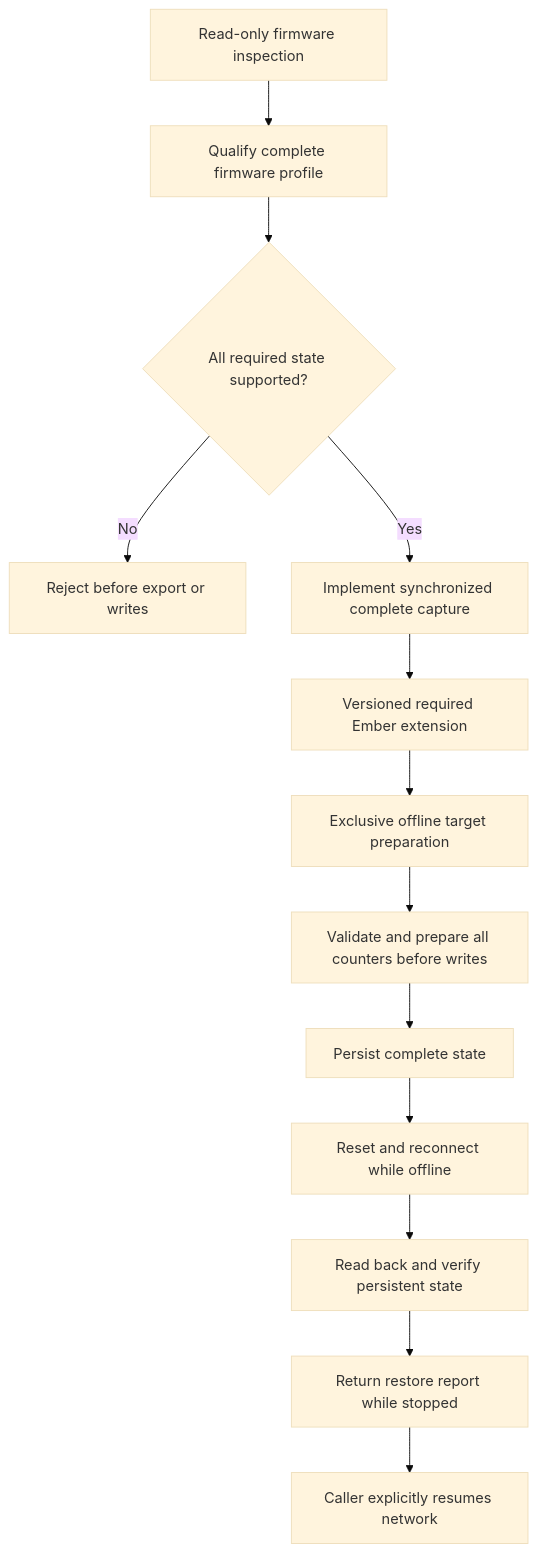
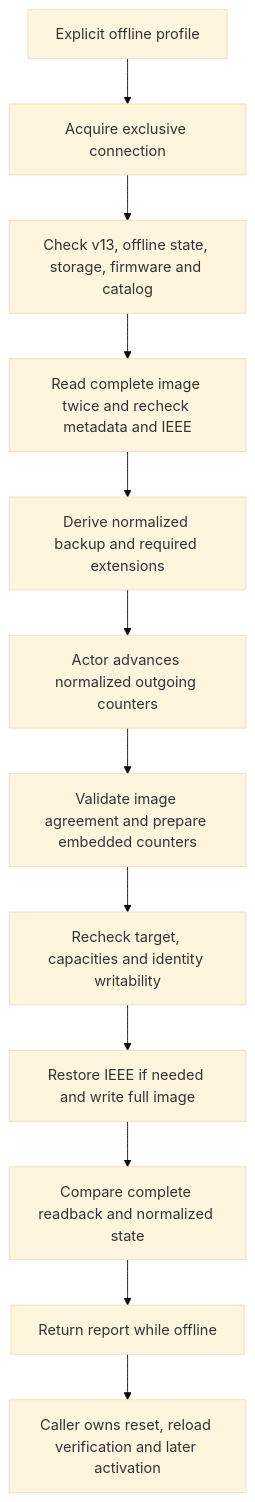
Before and after one commit to PaulmannLighting/ezsp: the tenth of 10 diagrams in ARCHITECTURE.md, drawn with Mermaid (base theme). The commit also changed other lines of this file and 16 other files, not shown here.

First line of the commit message:
feat: implement profile-driven offline EZSP backup and restore

````diff
--- a/ARCHITECTURE.md
+++ b/ARCHITECTURE.md
@@ -623,15 +644,14 @@
 ```mermaid
 flowchart TD
-    inspect[Read-only firmware inspection] --> qualify[Qualify complete firmware profile]
-    qualify --> gate{All required state supported?}
-    gate -->|No| reject[Reject before export or writes]
-    gate -->|Yes| capture[Implement synchronized complete capture]
-    capture --> extension[Versioned required Ember extension]
-    extension --> offline[Exclusive offline target preparation]
-    offline --> validate[Validate and prepare all counters before writes]
-    validate --> persist[Persist complete state]
-    persist --> reconnect[Reset and reconnect while offline]
-    reconnect --> verify[Read back and verify persistent state]
-    verify --> report[Return restore report while stopped]
-    report --> resume[Caller explicitly resumes network]
+    select[Explicit offline profile] --> exclusive[Acquire exclusive connection]
+    exclusive --> metadata[Check v13, offline state, storage, firmware and catalog]
+    metadata --> capture[Read complete image twice and recheck metadata and IEEE]
+    capture --> backup[Derive normalized backup and required extensions]
+    backup --> actor[Actor advances normalized outgoing counters]
+    actor --> plan[Validate image agreement and prepare embedded counters]
+    plan --> target[Recheck target, capacities and identity writability]
+    target --> persist[Restore IEEE if needed and write full image]
+    persist --> readback[Compare complete readback and normalized state]
+    readback --> report[Return report while offline]
+    report --> caller[Caller owns reset, reload verification and later activation]
 ```
````
